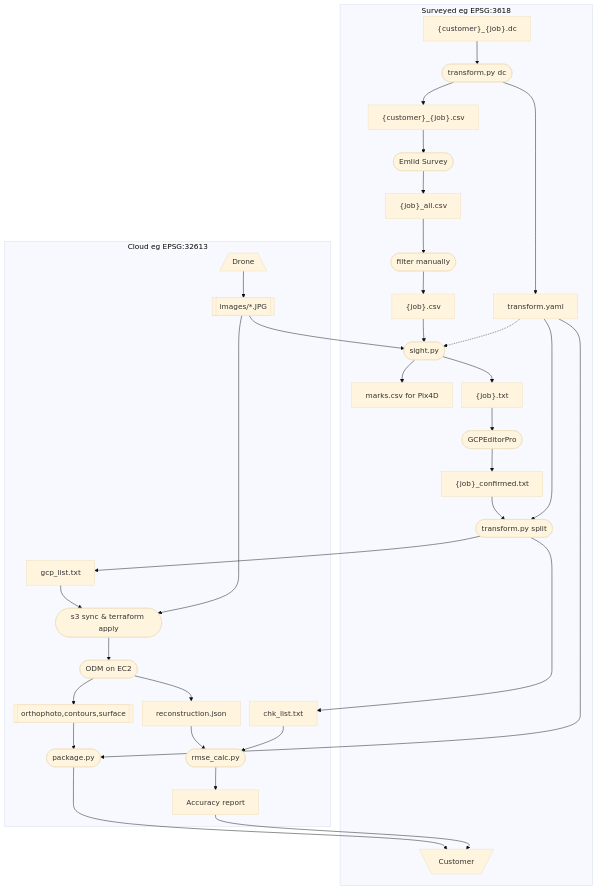
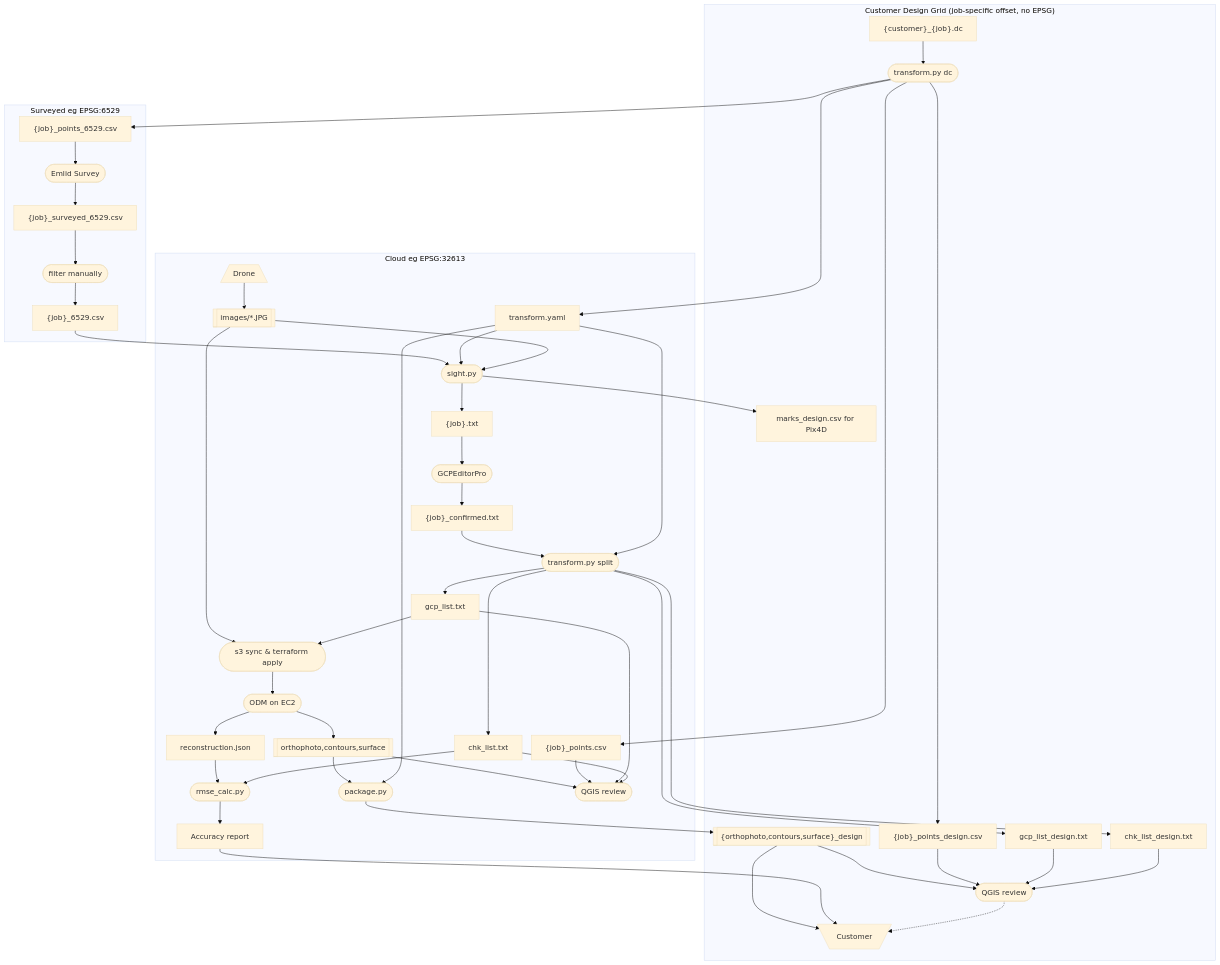
Before and after one commit to jrstear/geo: the diagram in docs/odm-workflow.md, drawn with Mermaid. The commit also changed 1 other file, not shown here.

Commit message:
docs: overhaul odm-workflow.md diagram with accurate CRS subgraphs and filenames
- Three subgraphs: Customer Design Grid / Surveyed EPSG:6529 / Cloud EPSG:32613
- Naming convention: CRS suffix only when NOT 32613 (consistent with images/ODM files)
- New outputs: {job}_points.csv, {job}_points_design.csv, gcp_list_design.txt,
  chk_list_design.txt, marks_design.csv, {orthophoto,contours,surface}_design
- Renamed: gcp_list.txt, chk_list.txt (drop _32613 suffix)
- sight.py and transform.py split moved to Cloud (32613); transform.py dc in Design Grid
- QGIS review nodes in Cloud and Design Grid subgraphs for visual alignment checks
- Emlid files CRS-tagged: {job}_surveyed_6529.csv, {job}_6529.csv

````diff
--- a/docs/odm-workflow.md
+++ b/docs/odm-workflow.md
@@ -11,20 +11,24 @@
 flowchart TD
     cust_dc["{customer}_{job}.dc"]
     extract(["transform.py dc"])
-    cust_csv["{customer}_{job}.csv"]
+    points_6529["{job}_points_6529.csv"]
+    points["{job}_points.csv"]
+    points_design["{job}_points_design.csv"]
     transform_yaml["transform.yaml"]
     emlid(["Emlid Survey"])
-    all["{job}_all.csv"]
+    all["{job}_surveyed_6529.csv"]
     filter(["filter manually"])
-    filtered["{job}.csv"]
+    filtered["{job}_6529.csv"]
     sight(["sight.py"])
-    marks["marks.csv for Pix4D"]
+    marks["marks_design.csv for Pix4D"]
     targets["{job}.txt"]
     gcpeditor(["GCPEditorPro"])
     confirmed["{job}_confirmed.txt"]
     prepare(["transform.py split"])
     control["gcp_list.txt"]
     check["chk_list.txt"]
+    gcp_design["gcp_list_design.txt"]
+    chk_design["chk_list_design.txt"]
     s3(["s3 sync & terraform apply"])
     odm(["ODM on EC2"])
     rmse(["rmse_calc.py"])
@@ -32,39 +36,94 @@
     images[["images/*.JPG"]]
     deliverables[["orthophoto,contours,surface"]]
     packager(["package.py"])
+    delivered[["{orthophoto,contours,surface}_design"]]
     report["Accuracy report"]
     model["reconstruction.json"]
     customer[\"Customer"/]
+    qgis_cloud(["QGIS review"])
+    qgis_design(["QGIS review"])
 
-	subgraph Surveyed eg EPSG:3618
-	    cust_dc --> extract --> cust_csv --> emlid
-	    extract --> transform_yaml
-	    emlid --> all --> filter --> filtered
-	    filtered --> sight --> targets
-	    sight --> marks
-	    transform_yaml -.-> sight
-	    targets --> gcpeditor
-	    gcpeditor --> confirmed
-	    confirmed --> prepare
-	    transform_yaml --> prepare
-	    customer
-	end
+    subgraph "Customer Design Grid (job-specific offset, no EPSG)"
+        cust_dc
+        extract
+        points_design
+        gcp_design
+        chk_design
+        marks
+        delivered
+        qgis_design
+        customer
+    end
 
-    subgraph Cloud eg EPSG:32613
-	    drone --> images
-	    prepare --> control
-	    prepare --> check
-	    control --> s3
-	    s3 --> odm --> deliverables
-	    odm --> model --> rmse
-	    check --> rmse --> report
-            deliverables --> packager
-            transform_yaml --> packager
-	end
+    subgraph "Surveyed eg EPSG:6529"
+        points_6529
+        emlid
+        all
+        filter
+        filtered
+    end
 
+    subgraph "Cloud eg EPSG:32613"
+        points
+        drone
+        images
+        targets
+        sight
+        transform_yaml
+        gcpeditor
+        confirmed
+        prepare
+        control
+        check
+        s3
+        odm
+        deliverables
+        model
+        rmse
+        report
+        packager
+        qgis_cloud
+    end
+
+    drone --> images
+    cust_dc --> extract
+    extract --> points_6529
+    extract --> points
+    extract --> points_design
+    extract --> transform_yaml
+    points_6529 --> emlid
+    emlid --> all --> filter --> filtered
+    filtered --> sight
+    transform_yaml --> sight
+    sight --> marks
+    sight --> targets
+    targets --> gcpeditor
+    gcpeditor --> confirmed
+    confirmed --> prepare
+    transform_yaml --> prepare
+    prepare --> control
+    prepare --> check
+    prepare --> gcp_design
+    prepare --> chk_design
     images --> sight
     images --> s3
-    packager --> customer
+    control --> s3
+    s3 --> odm --> deliverables
+    odm --> model --> rmse
+    check --> rmse --> report
+    deliverables --> packager
+    transform_yaml --> packager
+    packager --> delivered
+    delivered --> qgis_design
+    points_design --> qgis_design
+    gcp_design --> qgis_design
+    chk_design --> qgis_design
+    delivered --> customer
     report --> customer
+    deliverables --> qgis_cloud
+    points --> qgis_cloud
+    control --> qgis_cloud
+    check --> qgis_cloud
+    qgis_design -.-> customer
 
 ```
````
